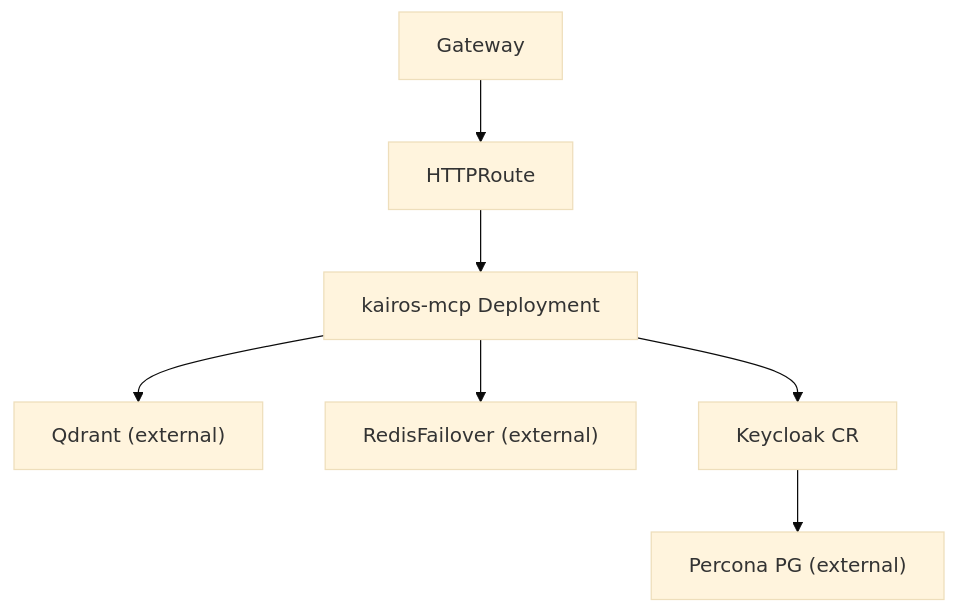
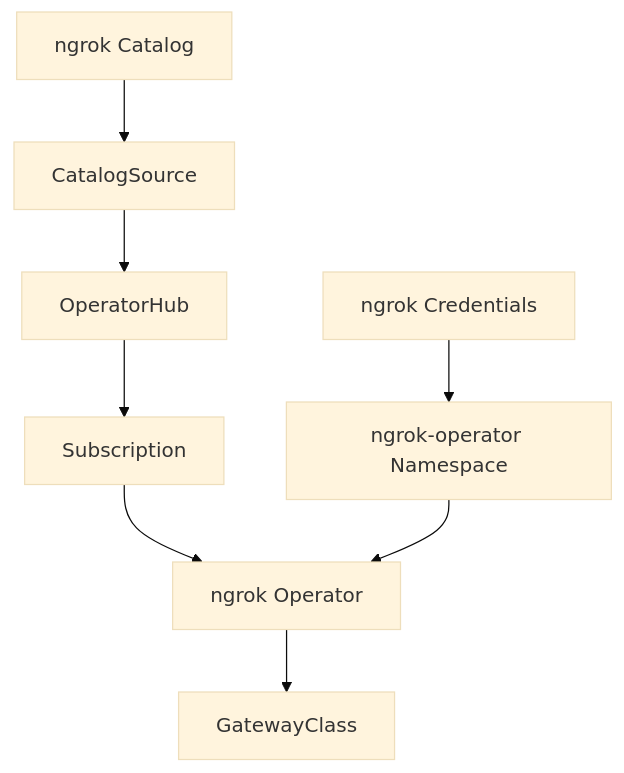
Before and after one commit to debian777/kairos-mcp: the eighth of 9 diagrams in .qoder/repowiki/en/content/Architecture & Design/Deployment & Infrastructure.md, drawn with Mermaid (base theme). The commit also changed other lines of this file and 17 other files, not shown here.

````diff
--- a/.qoder/repowiki/en/content/Architecture & Design/Deployment & Infrastructure.md
+++ b/.qoder/repowiki/en/content/Architecture & Design/Deployment & Infrastructure.md
@@ -331,9 +406,10 @@
 ```mermaid
 graph TB
-A["kairos-mcp Deployment"] --> Q["Qdrant (external)"]
-A --> R["RedisFailover (external)"]
-A --> K["Keycloak CR"]
-K --> P["Percona PG (external)"]
-G["Gateway"] --> RT["HTTPRoute"]
-RT --> A
+NG["ngrok Catalog"] --> CS["CatalogSource"]
+CS --> OP["OperatorHub"]
+OP --> SUB["Subscription"]
+SUB --> NGOP["ngrok Operator"]
+NGOP --> GC["GatewayClass"]
+CRED["ngrok Credentials"] --> NS["ngrok-operator Namespace"]
+NS --> NGOP
 ```
````
